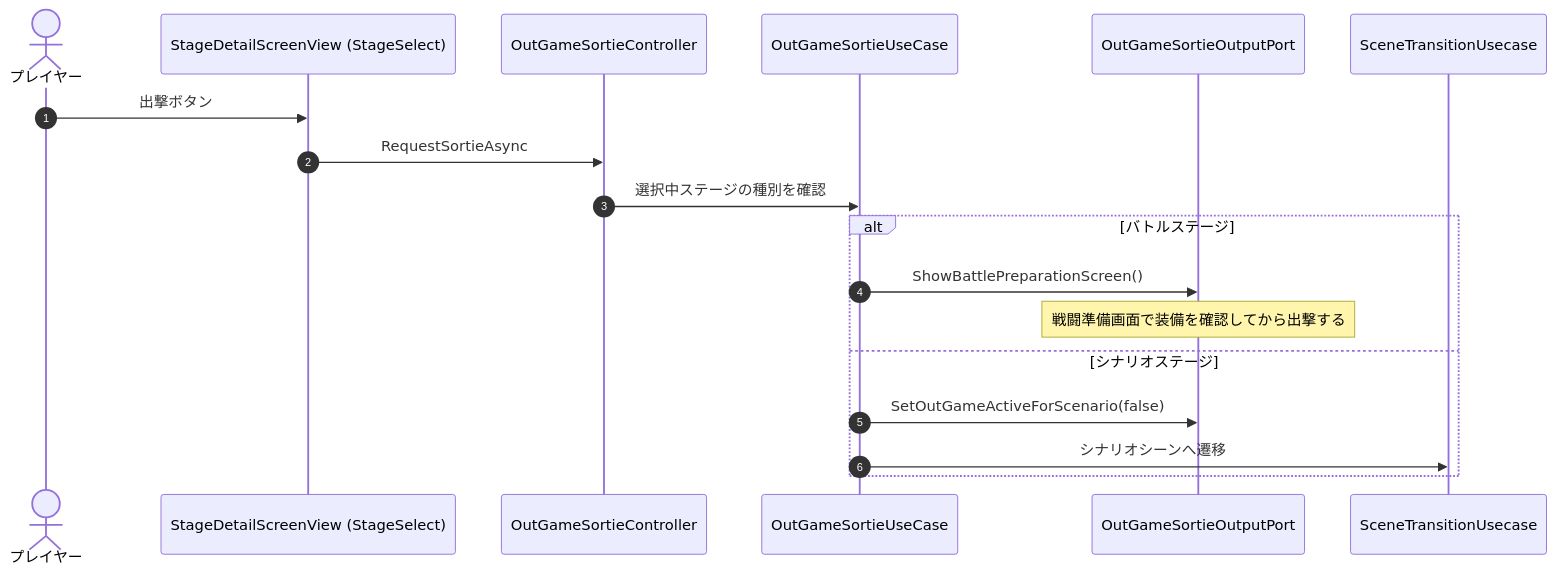
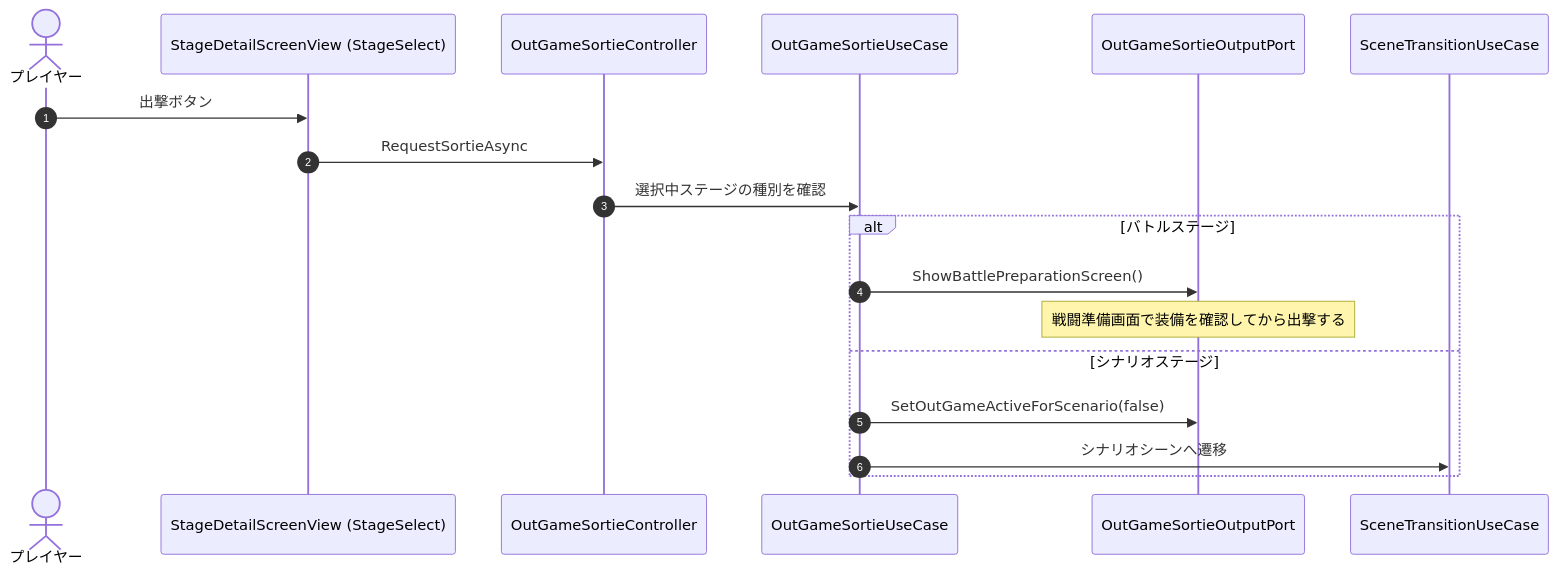
Before and after one commit to HIBIKI5201/SymphonyKillChord: the second of 3 diagrams in Assets/Docs/ScriptsDocs/Modules/NotionModuleDocs/Sortie.md, drawn with Mermaid. The commit also changed other lines of this file and 89 other files, not shown here.

````diff
--- a/Assets/Docs/ScriptsDocs/Modules/NotionModuleDocs/Sortie.md
+++ b/Assets/Docs/ScriptsDocs/Modules/NotionModuleDocs/Sortie.md
@@ -134,21 +134,21 @@
 ```mermaid
 sequenceDiagram
     autonumber
     actor Player as プレイヤー
     participant Detail as StageDetailScreenView (StageSelect)
     participant Ctrl as OutGameSortieController
     participant UseCase as OutGameSortieUseCase
     participant Port as OutGameSortieOutputPort
-    participant Scene as SceneTransitionUsecase
+    participant Scene as SceneTransitionUseCase
 
     Player ->> Detail: 出撃ボタン
     Detail ->> Ctrl: RequestSortieAsync
     Ctrl ->> UseCase: 選択中ステージの種別を確認
     alt バトルステージ
         UseCase ->> Port: ShowBattlePreparationScreen()
         Note over Port: 戦闘準備画面で装備を確認してから出撃する
     else シナリオステージ
         UseCase ->> Port: SetOutGameActiveForScenario(false)
         UseCase ->> Scene: シナリオシーンへ遷移
     end
 ```
````
